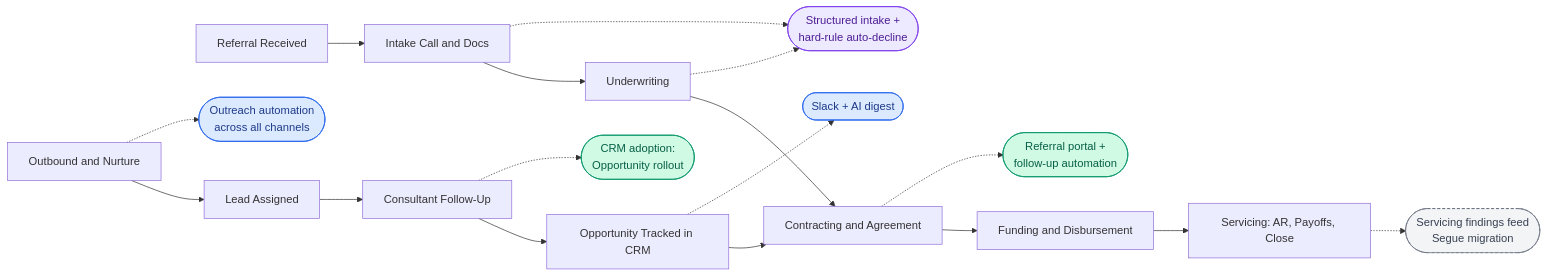
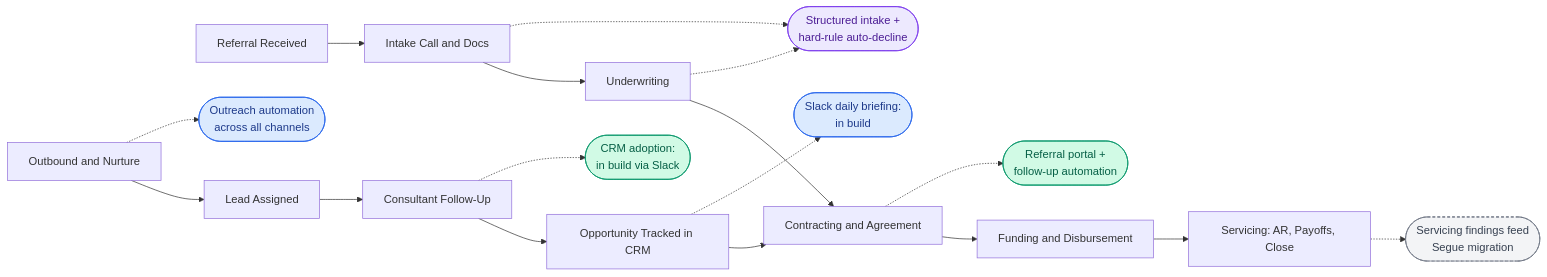
One commit to jsaponara42/ai-assistant-doc-storage changed the first of 8 diagrams in business/projects/client-projects/26061201_capital-financing/client-facing-deliverables/20260910_capital-financing-opportunity-map-final.md. Above: the diagram before and after it, drawn with Mermaid. The commit also changed other lines of this file, not shown here.

````diff
--- a/business/projects/client-projects/26061201_capital-financing/client-facing-deliverables/20260910_capital-financing-opportunity-map-final.md
+++ b/business/projects/client-projects/26061201_capital-financing/client-facing-deliverables/20260910_capital-financing-opportunity-map-final.md
@@ -67,34 +69,34 @@
 ```mermaid
 flowchart LR
     classDef quickwin fill:#d1fae5,stroke:#059669,color:#065f46
     classDef nearterm fill:#dbeafe,stroke:#2563eb,color:#1e3a8a
     classDef strategic fill:#ede9fe,stroke:#7c3aed,color:#4c1d95
     classDef decision fill:#f3f4f6,stroke:#6b7280,color:#374151,stroke-dasharray: 4 3
 
     Ref[Referral Received] --> In[Intake Call and Docs]
     In --> UW[Underwriting]
     UW --> Ct[Contracting and Agreement]
     Ct --> Fd[Funding and Disbursement]
     Fd --> Sv[Servicing: AR, Payoffs, Close]
 
     Lead[Lead Assigned] --> Fol[Consultant Follow-Up]
     Fol --> Opp[Opportunity Tracked in CRM]
     Opp --> Ct
 
     Mkt[Outbound and Nurture] --> Lead
 
     In -.-> O1(["Structured intake +\nhard-rule auto-decline"])
     UW -.-> O1
     Ct -.-> O2(["Referral portal +\nfollow-up automation"])
     Sv -.-> O3(["Servicing findings feed\nSegue migration"])
-    Fol -.-> O4(["CRM adoption:\nOpportunity rollout"])
-    Opp -.-> O5(["Slack + AI digest"])
+    Fol -.-> O4(["CRM adoption:\nin build via Slack"])
+    Opp -.-> O5(["Slack daily briefing:\nin build"])
     Mkt -.-> O6(["Outreach automation\nacross all channels"])
 
     class O1 strategic
     class O2 quickwin
     class O3 decision
     class O4 quickwin
     class O5 nearterm
     class O6 nearterm
 ```
````
